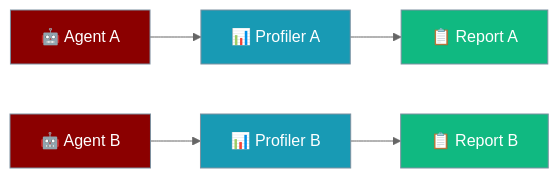
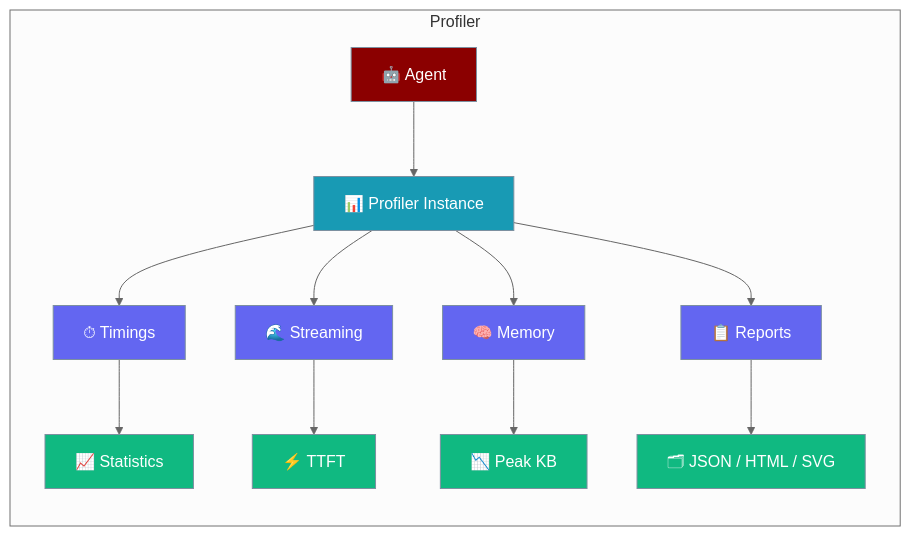
Before and after one commit to MervinPraison/PraisonAIDocs: the first of 3 diagrams in docs/features/profiler.mdx, drawn with Mermaid (neutral theme). The commit also changed other lines of this file and 3 other files, not shown here.

````diff
--- a/docs/features/profiler.mdx
+++ b/docs/features/profiler.mdx
@@ -23,17 +10,24 @@
 ```mermaid
 graph LR
-    A[🤖 Agent A] --> PA[📊 Profiler A]
-    B[🤖 Agent B] --> PB[📊 Profiler B]
-    PA --> RA[📋 Report A]
-    PB --> RB[📋 Report B]
+    subgraph "Profiler"
+        A[🤖 Agent] --> B[📊 Profiler Instance]
+        B --> C[⏱ Timings]
+        B --> D[🌊 Streaming]
+        B --> E[🧠 Memory]
+        B --> F[📋 Reports]
+        C --> G[📈 Statistics]
+        D --> H[⚡ TTFT]
+        E --> I[📉 Peak KB]
+        F --> J[🗂 JSON / HTML / SVG]
+    end
 
     classDef agent fill:#8B0000,stroke:#7C90A0,color:#fff
     classDef profiler fill:#189AB4,stroke:#7C90A0,color:#fff
+    classDef data fill:#6366F1,stroke:#7C90A0,color:#fff
     classDef output fill:#10B981,stroke:#7C90A0,color:#fff
 
-    class A,B agent
-    class PA,PB profiler
-    class RA,RB output
-    classDef agent fill:#8B0000,color:#fff
-    classDef tool fill:#189AB4,color:#fff
+    class A agent
+    class B profiler
+    class C,D,E,F data
+    class G,H,I,J output
 ```
````
